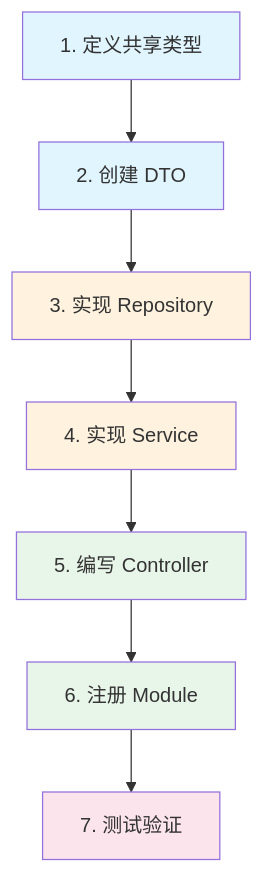
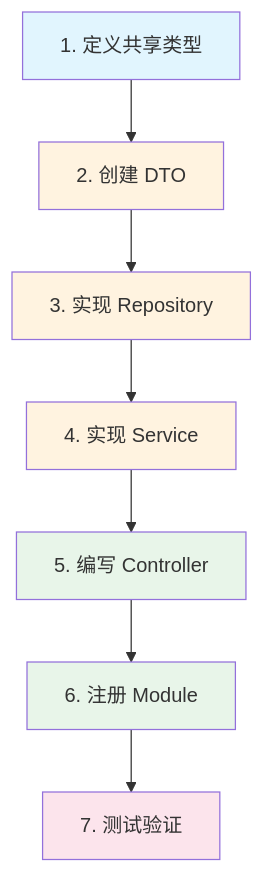
Before and after one commit to 909347194/ST-Risk-For-UAV: the fifth of 6 diagrams in apps/server/node-backend/README.md, drawn with Mermaid. The commit also changed other lines of this file and 2 other files, not shown here.

````diff
--- a/apps/server/node-backend/README.md
+++ b/apps/server/node-backend/README.md
@@ -168,17 +223,17 @@
 ```mermaid
 flowchart TD
     A[1. 定义共享类型] --> B[2. 创建 DTO]
     B --> C[3. 实现 Repository]
     C --> D[4. 实现 Service]
     D --> E[5. 编写 Controller]
     E --> F[6. 注册 Module]
     F --> G[7. 测试验证]
 
     style A fill:#e1f5fe
-    style B fill:#e1f5fe
+    style B fill:#fff3e0
     style C fill:#fff3e0
     style D fill:#fff3e0
     style E fill:#e8f5e9
     style F fill:#e8f5e9
     style G fill:#fce4ec
 ```
````
